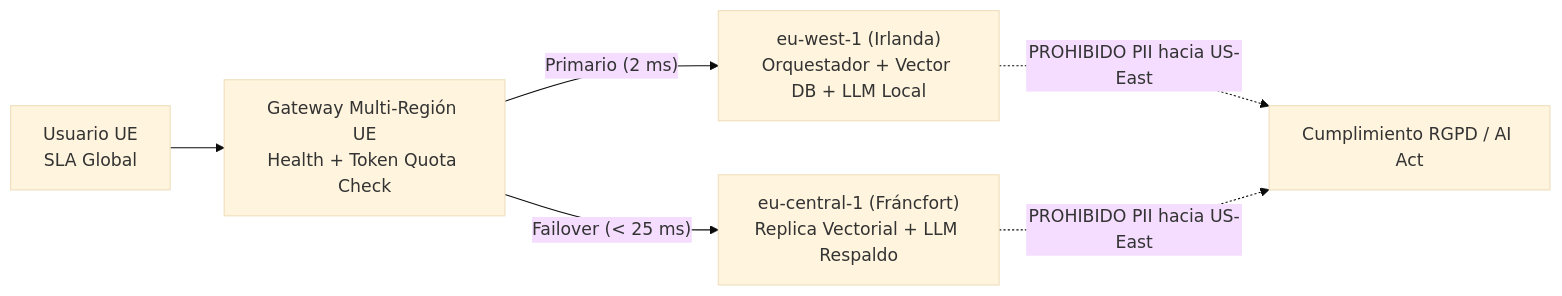
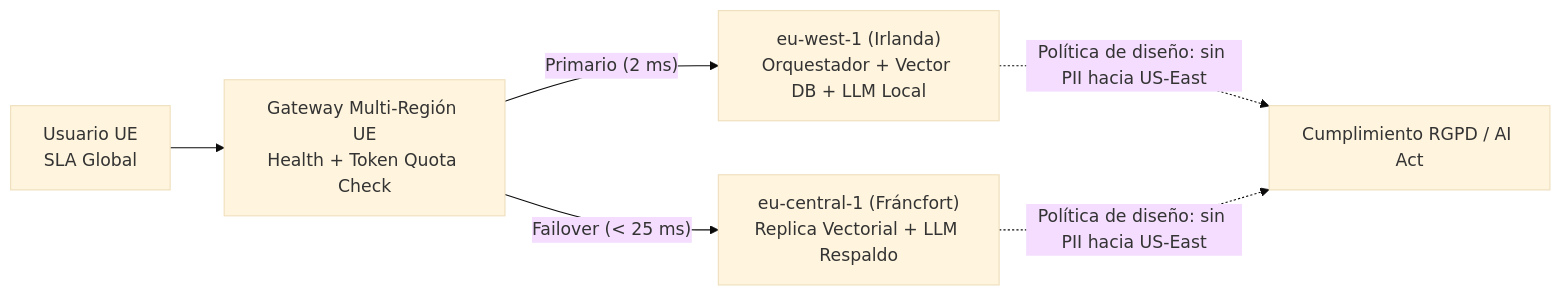
One commit to TheUnixRoot/AI-infra-study changed the diagram in docs/campus/curso2/b4-sre-slos-multiregion.md. Above: the diagram before and after it, drawn with Mermaid (base theme). The commit also changed other lines of this file and 3 other files, not shown here.

````diff
--- a/docs/campus/curso2/b4-sre-slos-multiregion.md
+++ b/docs/campus/curso2/b4-sre-slos-multiregion.md
@@ -7,7 +7,7 @@
 ```mermaid
 flowchart LR
     USER["Usuario UE\nSLA Global"] --> GSLB["Gateway Multi-Región UE\nHealth + Token Quota Check"]
     GSLB -- "Primario (2 ms)" --> EUW["eu-west-1 (Irlanda)\nOrquestador + Vector DB + LLM Local"]
     GSLB -- "Failover (< 25 ms)" --> EUC["eu-central-1 (Fráncfort)\nReplica Vectorial + LLM Respaldo"]
-    EUW & EUC -. "PROHIBIDO PII hacia US-East" .-> ERR["Cumplimiento RGPD / AI Act"]
+    EUW & EUC -. "Política de diseño: sin PII hacia US-East" .-> ERR["Cumplimiento RGPD / AI Act"]
 ```
````
